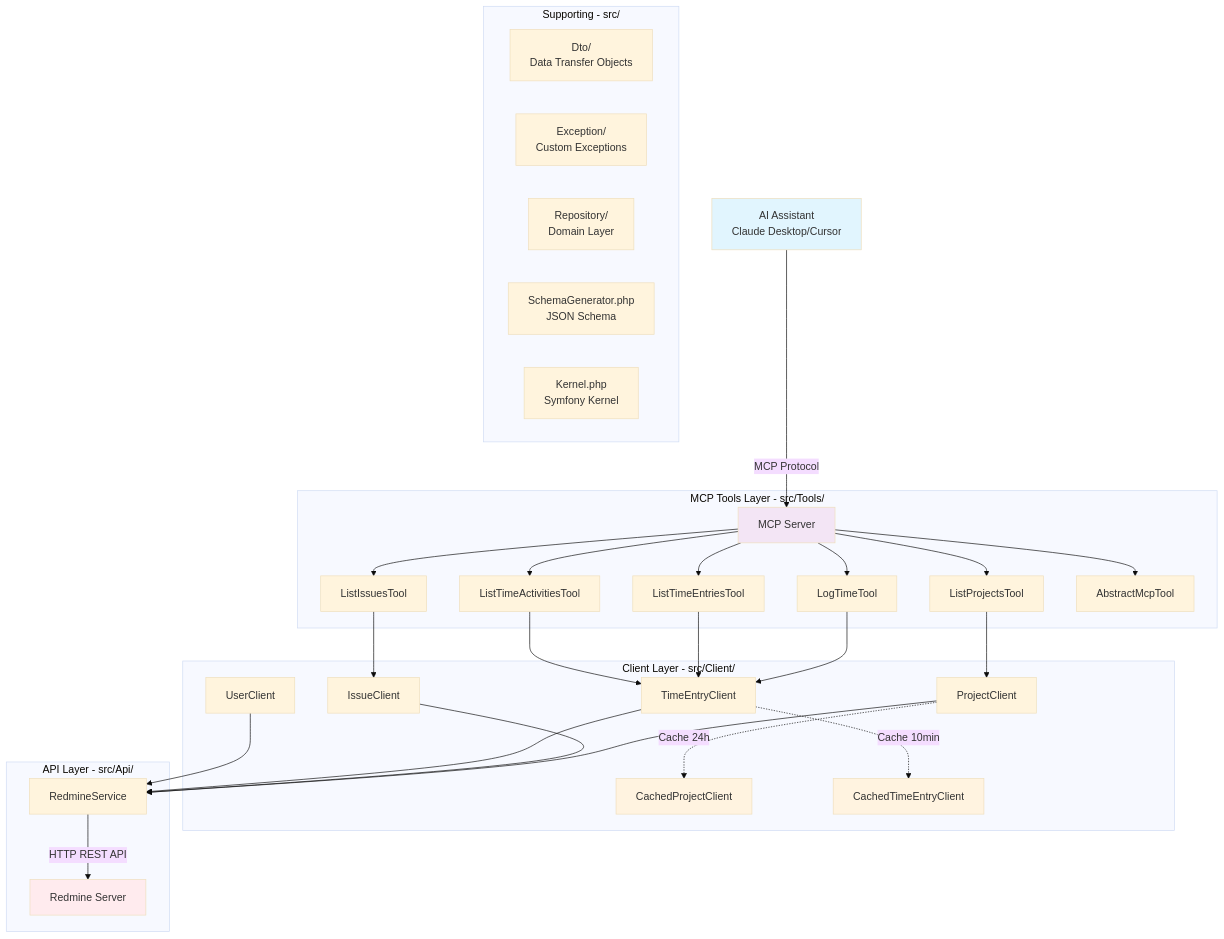
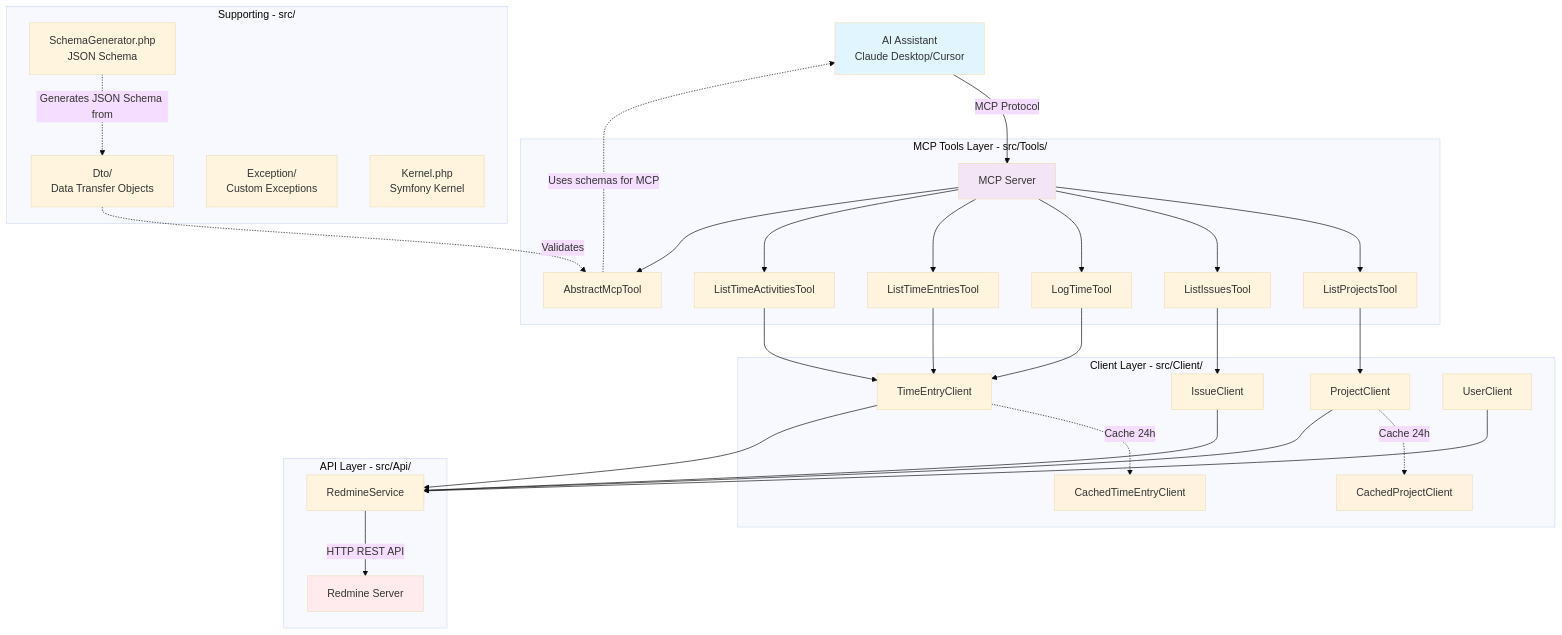
Before and after one commit to Guiziweb/redmine-mcp: the diagram in README.md, drawn with Mermaid (base theme). The commit also changed other lines of this file and 2 other files, not shown here.

````diff
--- a/README.md
+++ b/README.md
@@ -102,46 +107,50 @@
 ```mermaid
 graph TD
     A[AI Assistant<br/>Claude Desktop/Cursor] -->|MCP Protocol| B[MCP Server]
     
     subgraph "MCP Tools Layer - src/Tools/"
         B --> C[ListProjectsTool]
         B --> D[ListIssuesTool] 
         B --> E[LogTimeTool]
         B --> F[ListTimeEntriesTool]
         B --> G[ListTimeActivitiesTool]
         B --> H[AbstractMcpTool]
     end
     
     subgraph "Client Layer - src/Client/"
         C --> I[ProjectClient]
         D --> J[IssueClient]
         E --> K[TimeEntryClient]
         F --> K
         G --> K
         L[UserClient]
         I -.->|Cache 24h| M[CachedProjectClient]
-        K -.->|Cache 10min| N[CachedTimeEntryClient]
+        K -.->|Cache 24h| N[CachedTimeEntryClient]
     end
     
     subgraph "API Layer - src/Api/"
         I --> O[RedmineService]
         J --> O
         K --> O
         L --> O
         O -->|HTTP REST API| P[Redmine Server]
     end
     
     subgraph "Supporting - src/"
         Q[Dto/<br/>Data Transfer Objects] 
         R[Exception/<br/>Custom Exceptions]
-        S[Repository/<br/>Domain Layer]
         T[SchemaGenerator.php<br/>JSON Schema]
         U[Kernel.php<br/>Symfony Kernel]
     end
+    
+    %% Schema generation flow
+    Q -.->|Validates| H
+    T -.->|Generates JSON Schema from| Q
+    H -.->|Uses schemas for MCP| A
     
     style A fill:#e1f5fe
     style P fill:#ffebee
     style B fill:#f3e5f5
     style M fill:#fff3e0
     style N fill:#fff3e0
 ```
````
